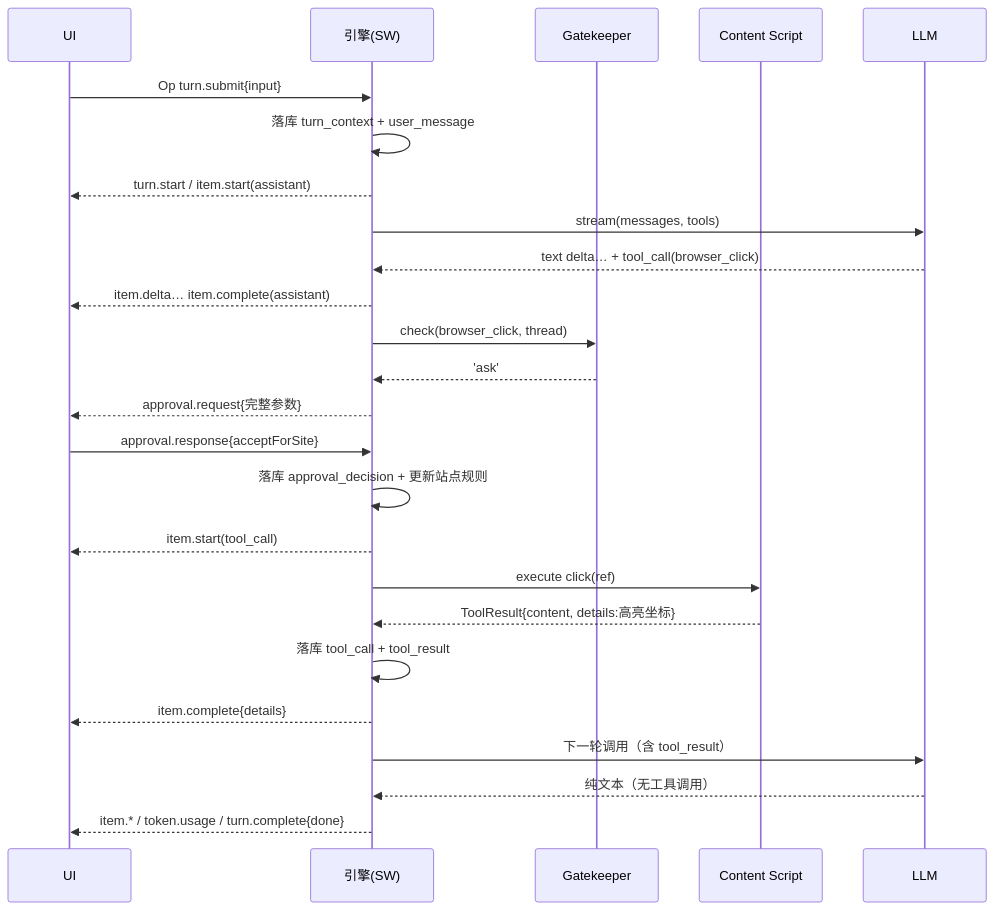
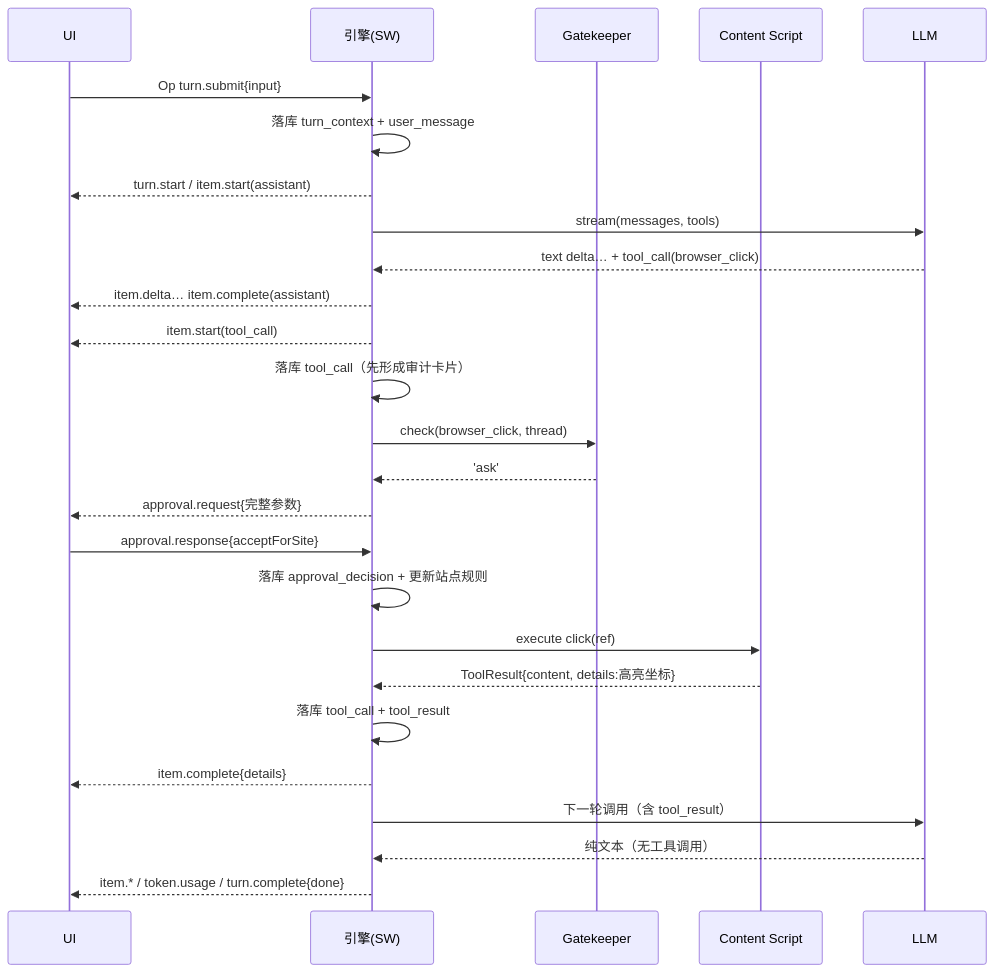
Before and after one commit to wangdiandao/Panelot: the first of 2 diagrams in docs/04-agent-engine.md, drawn with Mermaid. The commit also changed other lines of this file and 231 other files, not shown here.

````diff
--- a/docs/04-agent-engine.md
+++ b/docs/04-agent-engine.md
@@ -106,28 +114,29 @@
 ```mermaid
 sequenceDiagram
   participant UI
   participant EN as 引擎(SW)
   participant GK as Gatekeeper
   participant CS as Content Script
   participant LLM
 
   UI->>EN: Op turn.submit{input}
   EN->>EN: 落库 turn_context + user_message
   EN-->>UI: turn.start / item.start(assistant)
   EN->>LLM: stream(messages, tools)
   LLM-->>EN: text delta… + tool_call(browser_click)
   EN-->>UI: item.delta… item.complete(assistant)
+  EN-->>UI: item.start(tool_call)
+  EN->>EN: 落库 tool_call（先形成审计卡片）
   EN->>GK: check(browser_click, thread)
   GK-->>EN: 'ask'
   EN-->>UI: approval.request{完整参数}
   UI->>EN: approval.response{acceptForSite}
   EN->>EN: 落库 approval_decision + 更新站点规则
-  EN-->>UI: item.start(tool_call)
   EN->>CS: execute click(ref)
   CS-->>EN: ToolResult{content, details:高亮坐标}
   EN->>EN: 落库 tool_call + tool_result
   EN-->>UI: item.complete{details}
   EN->>LLM: 下一轮调用（含 tool_result）
   LLM-->>EN: 纯文本（无工具调用）
   EN-->>UI: item.* / token.usage / turn.complete{done}
 ```
````
